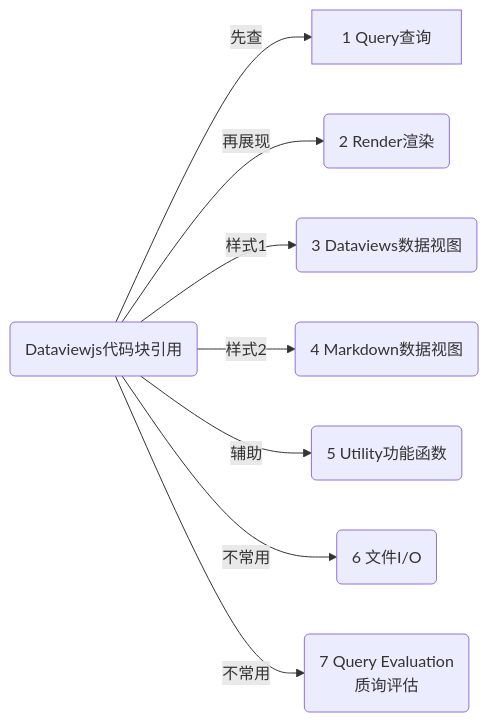
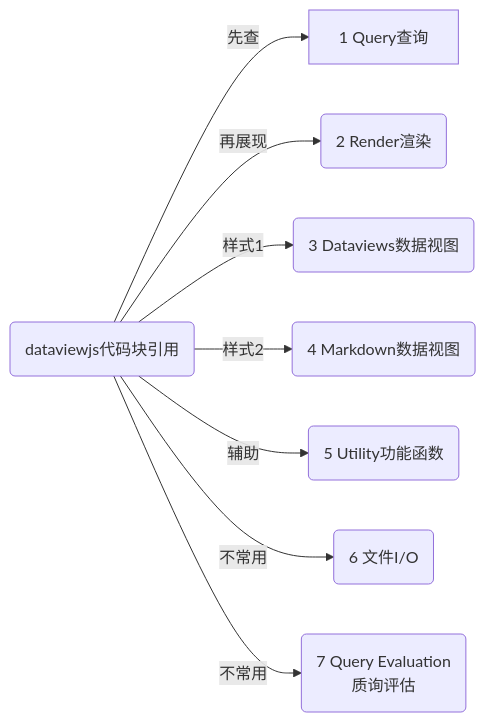
Before and after one commit to kickTiger/obsidian-doc: the second of 4 diagrams in docs/src/zh/dataview/dataviewjs-fuction.md, drawn with Mermaid. The commit also changed other lines of this file and 1 other file, not shown here.

````diff
--- a/docs/src/zh/dataview/dataviewjs-fuction.md
+++ b/docs/src/zh/dataview/dataviewjs-fuction.md
@@ -69,10 +69,10 @@
 ```mermaid
   flowchart LR
-      A("Dataviewjs代码块引用") -->|"先查"| B["1 Query查询"]
+      A("dataviewjs代码块引用") -->|"先查"| B["1 Query查询"]
       A -->|"再展现"| C("2 Render渲染")
       A -->|"样式1"| D("3 Dataviews数据视图")
       A -->|"样式2"| E("4 Markdown数据视图")
       A -->|"辅助"| F("5 Utility功能函数")
       A -->|"不常用"| G("6 文件I/O")
       A -->|"不常用"| H("7 Query Evaluation<br>质询评估")
 ```
````
